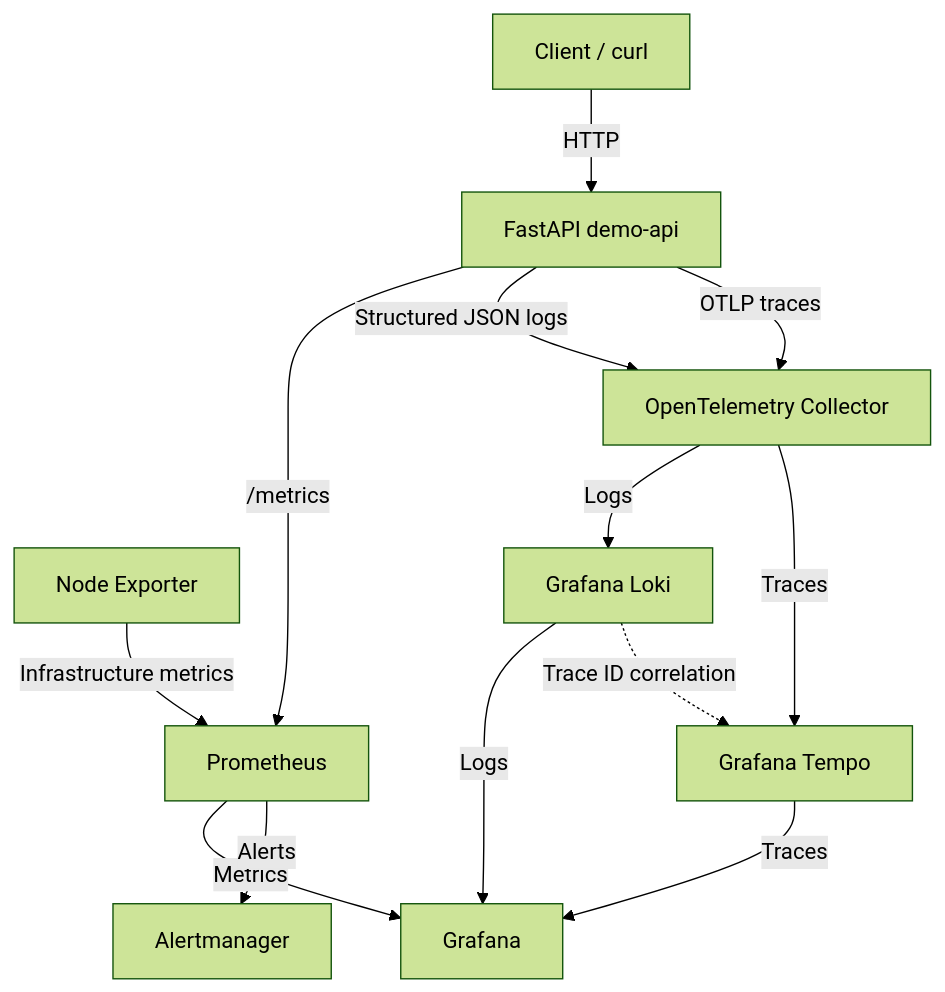
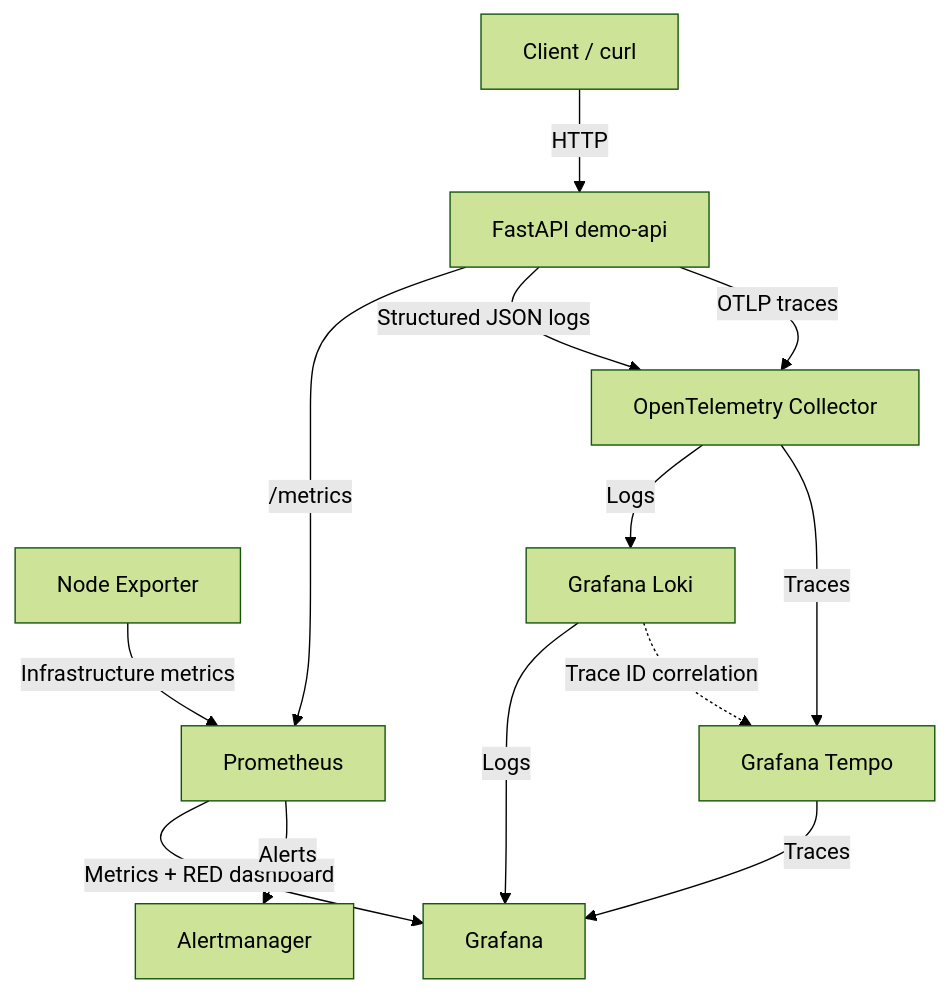
The diagram in README.md (AZ1600/platform-engineering-observability), drawn with Mermaid (forest theme) before and after one commit. The commit also changed other lines of this file and 2 other files, not shown here.

Commit message:
feat: add RED application dashboard

````diff
--- a/README.md
+++ b/README.md
@@ -80,33 +93,33 @@
 ```mermaid
 flowchart TB
     Client["Client / curl"]
     API["FastAPI demo-api"]
 
     OTel["OpenTelemetry Collector"]
 
     Prometheus["Prometheus"]
     Node["Node Exporter"]
     Loki["Grafana Loki"]
     Tempo["Grafana Tempo"]
     Grafana["Grafana"]
     Alertmanager["Alertmanager"]
 
     Client -->|HTTP| API
 
     API -->|/metrics| Prometheus
     Node -->|Infrastructure metrics| Prometheus
 
     API -->|Structured JSON logs| OTel
     API -->|OTLP traces| OTel
 
     OTel -->|Logs| Loki
     OTel -->|Traces| Tempo
 
-    Prometheus -->|Metrics| Grafana
+    Prometheus -->|Metrics + RED dashboard| Grafana
     Loki -->|Logs| Grafana
     Tempo -->|Traces| Grafana
 
     Prometheus -->|Alerts| Alertmanager
 
     Loki -. Trace ID correlation .-> Tempo
 ```
````
